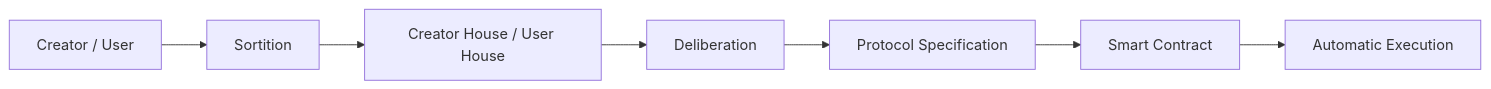
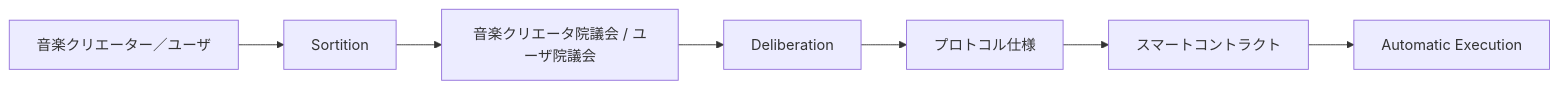
One commit to ShigeichiroYamasaki/creator-first-platform changed the ninth of 17 diagrams in docs/whitepaper/01-vision.md. Above: the diagram before and after it, drawn with Mermaid. The commit also changed other lines of this file and 67 other files, not shown here.

````diff
--- a/docs/whitepaper/01-vision.md
+++ b/docs/whitepaper/01-vision.md
@@ -237,12 +237,12 @@
 ```mermaid
 flowchart LR
-    CU[Creator / User]
+    CU[音楽クリエーター／ユーザ]
     SORT[Sortition]
-    PARL[Creator House / User House]
+    PARL[音楽クリエータ院議会 / ユーザ院議会]
     DELIB[Deliberation]
-    SPEC[Protocol Specification]
-    CODE[Smart Contract]
+    SPEC[プロトコル仕様]
+    CODE[スマートコントラクト]
     EXEC[Automatic Execution]
 
     CU --> SORT --> PARL --> DELIB --> SPEC --> CODE --> EXEC
 ```
````
